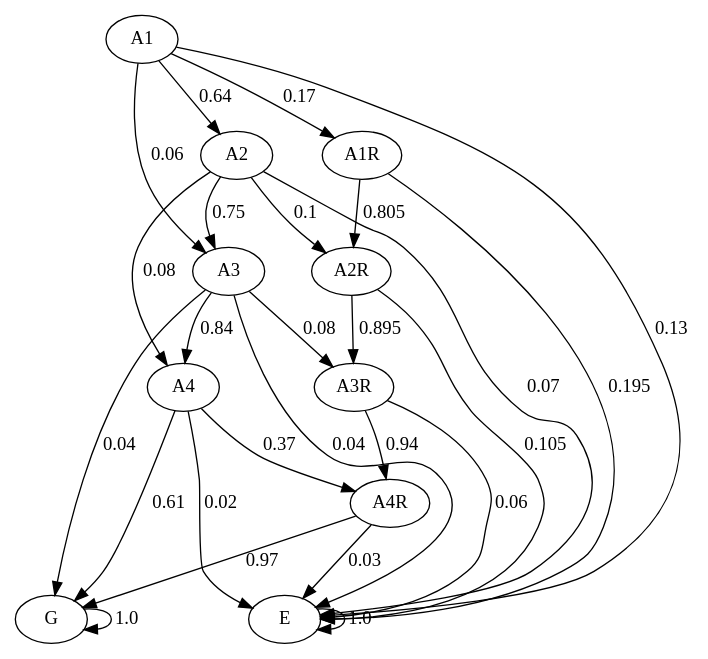
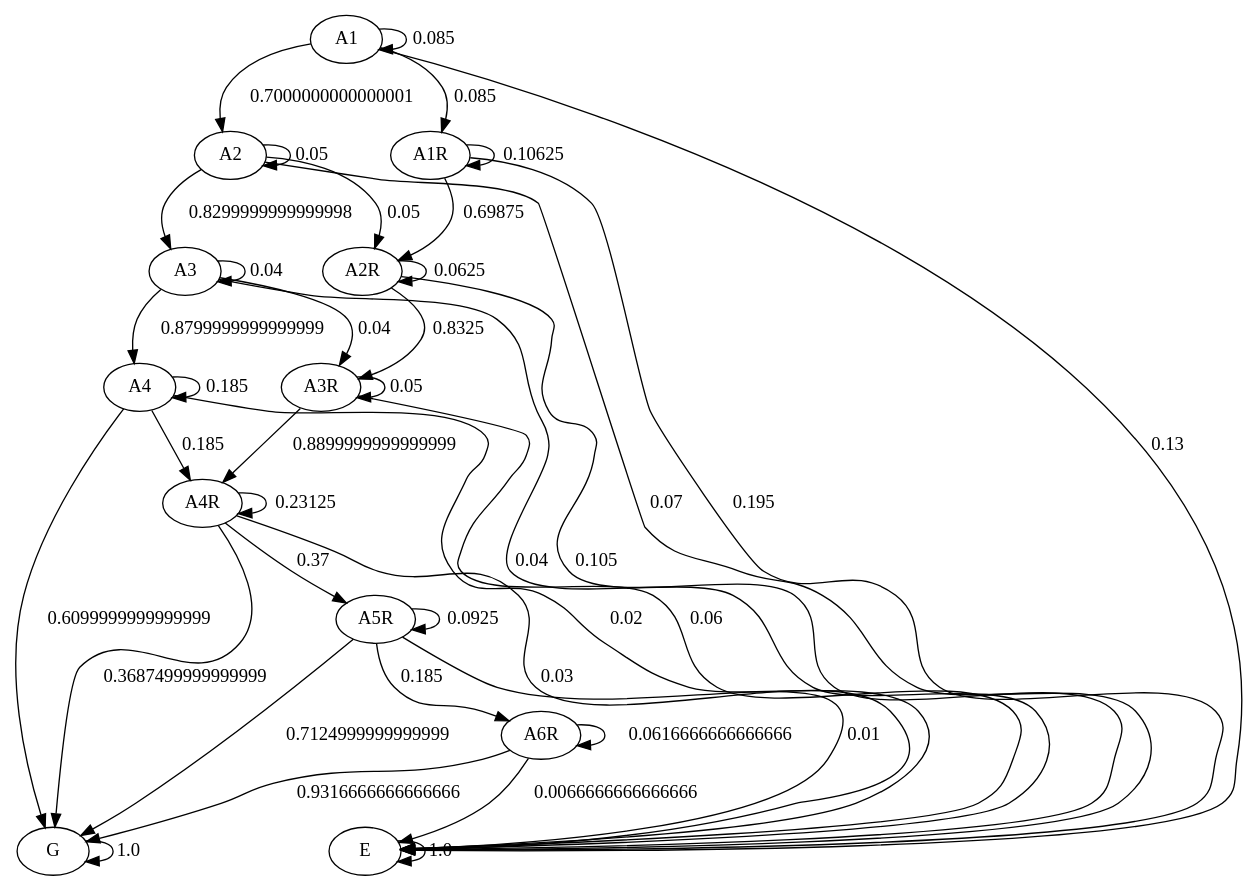
One commit to JulianaFerreira/educacao changed the diagram in graph/markov.dot. Above: the diagram before and after it, drawn with Graphviz. The commit also changed 12 other files, not shown here.

```diff
--- a/graph/markov.dot
+++ b/graph/markov.dot
@@ -1,37 +1,52 @@
 digraph  {
 A1;
 A2;
 A3;
 A4;
 A1R;
 A2R;
 A3R;
 A4R;
+A5R;
+A6R;
 G;
 E;
-A1 -> A2  [key=0, label="0.64", weight="0.64"];
-A1 -> A3  [key=0, label="0.06", weight="0.06"];
-A1 -> A1R  [key=0, label="0.17", weight="0.17"];
+A1 -> A1  [key=0, label="0.085", weight="0.085"];
+A1 -> A2  [key=0, label="0.7000000000000001", weight="0.7000000000000001"];
+A1 -> A1R  [key=0, label="0.085", weight="0.085"];
 A1 -> E  [key=0, label="0.13", weight="0.13"];
-A2 -> A3  [key=0, label="0.75", weight="0.75"];
-A2 -> A4  [key=0, label="0.08", weight="0.08"];
-A2 -> A2R  [key=0, label="0.1", weight="0.1"];
+A2 -> A2  [key=0, label="0.05", weight="0.05"];
+A2 -> A3  [key=0, label="0.8299999999999998", weight="0.8299999999999998"];
+A2 -> A2R  [key=0, label="0.05", weight="0.05"];
 A2 -> E  [key=0, label="0.07", weight="0.07"];
-A3 -> A4  [key=0, label="0.84", weight="0.84"];
-A3 -> A3R  [key=0, label="0.08", weight="0.08"];
-A3 -> G  [key=0, label="0.04", weight="0.04"];
+A3 -> A3  [key=0, label="0.04", weight="0.04"];
+A3 -> A4  [key=0, label="0.8799999999999999", weight="0.8799999999999999"];
+A3 -> A3R  [key=0, label="0.04", weight="0.04"];
 A3 -> E  [key=0, label="0.04", weight="0.04"];
-A4 -> A4R  [key=0, label="0.37", weight="0.37"];
-A4 -> G  [key=0, label="0.61", weight="0.61"];
+A4 -> A4  [key=0, label="0.185", weight="0.185"];
+A4 -> A4R  [key=0, label="0.185", weight="0.185"];
+A4 -> G  [key=0, label="0.6099999999999999", weight="0.6099999999999999"];
 A4 -> E  [key=0, label="0.02", weight="0.02"];
-A1R -> A2R  [key=0, label="0.805", weight="0.805"];
+A1R -> A1R  [key=0, label="0.10625", weight="0.10625"];
+A1R -> A2R  [key=0, label="0.69875", weight="0.69875"];
 A1R -> E  [key=0, label="0.195", weight="0.195"];
-A2R -> A3R  [key=0, label="0.895", weight="0.895"];
+A2R -> A2R  [key=0, label="0.0625", weight="0.0625"];
+A2R -> A3R  [key=0, label="0.8325", weight="0.8325"];
 A2R -> E  [key=0, label="0.105", weight="0.105"];
-A3R -> A4R  [key=0, label="0.94", weight="0.94"];
+A3R -> A3R  [key=0, label="0.05", weight="0.05"];
+A3R -> A4R  [key=0, label="0.8899999999999999", weight="0.8899999999999999"];
 A3R -> E  [key=0, label="0.06", weight="0.06"];
-A4R -> G  [key=0, label="0.97", weight="0.97"];
+A4R -> A4R  [key=0, label="0.23125", weight="0.23125"];
+A4R -> A5R  [key=0, label="0.37", weight="0.37"];
+A4R -> G  [key=0, label="0.3687499999999999", weight="0.3687499999999999"];
 A4R -> E  [key=0, label="0.03", weight="0.03"];
+A5R -> A5R  [key=0, label="0.0925", weight="0.0925"];
+A5R -> A6R  [key=0, label="0.185", weight="0.185"];
+A5R -> G  [key=0, label="0.7124999999999999", weight="0.7124999999999999"];
+A5R -> E  [key=0, label="0.01", weight="0.01"];
+A6R -> A6R  [key=0, label="0.0616666666666666", weight="0.0616666666666666"];
+A6R -> G  [key=0, label="0.9316666666666666", weight="0.9316666666666666"];
+A6R -> E  [key=0, label="0.0066666666666666", weight="0.0066666666666666"];
 G -> G  [key=0, label="1.0", weight="1.0"];
 E -> E  [key=0, label="1.0", weight="1.0"];
 }
```
